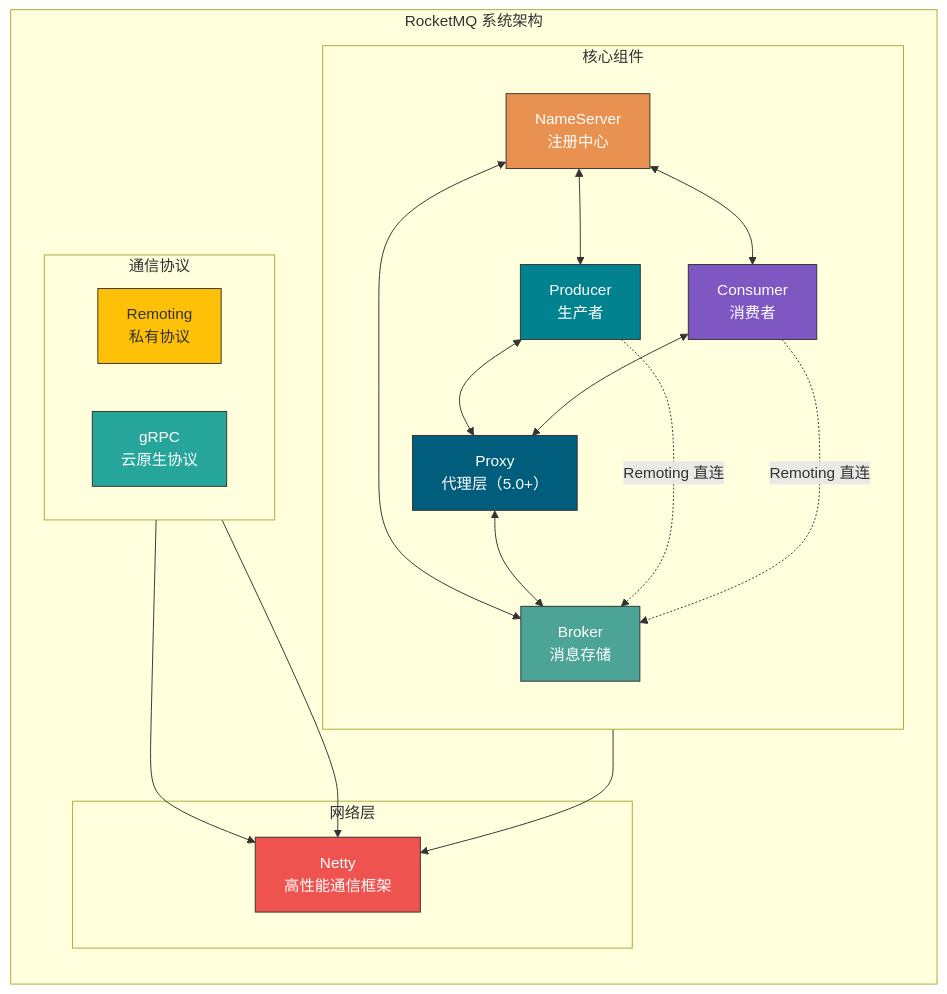
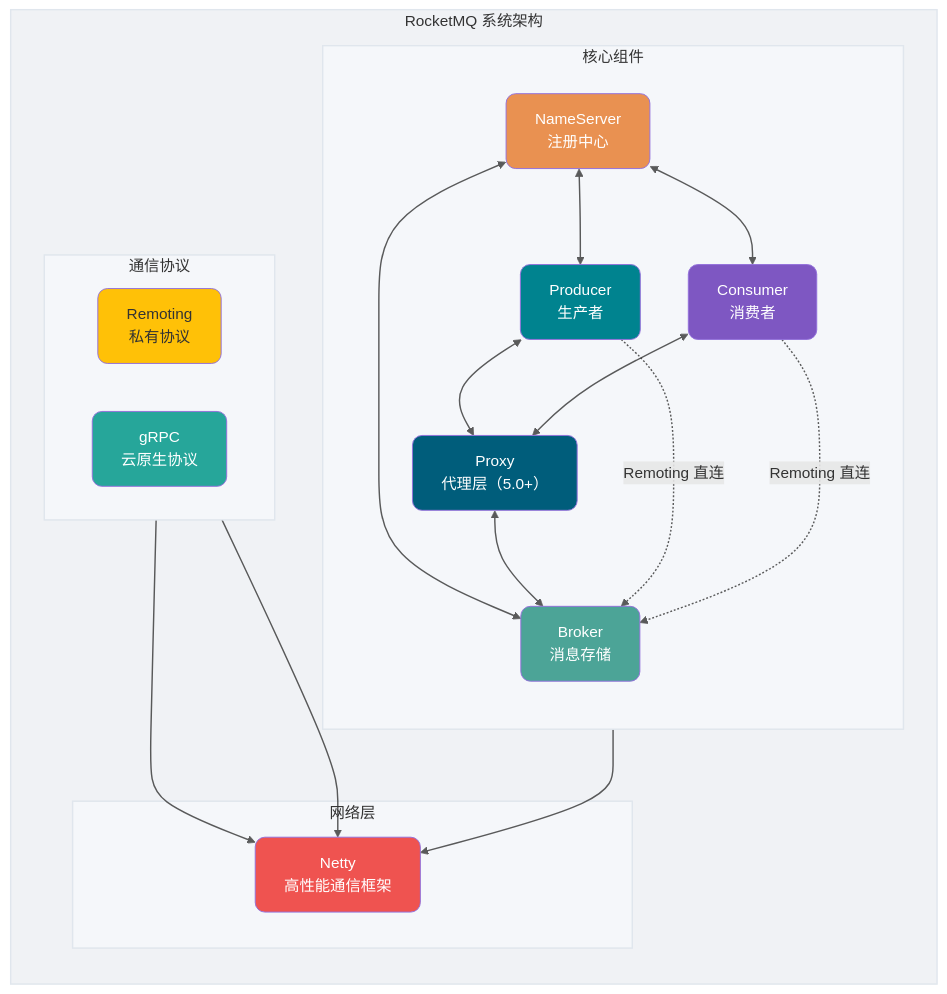
The fifth of 13 diagrams in docs/high-performance/message-queue/rocketmq-questions.md (Snailclimb/JavaGuide), drawn with Mermaid before and after one commit. The commit also changed other lines of this file and 7 other files, not shown here.

Commit message:
docs：mermaid 配图样式优化

````diff
--- a/docs/high-performance/message-queue/rocketmq-questions.md
+++ b/docs/high-performance/message-queue/rocketmq-questions.md
@@ -325,46 +332,61 @@
 ```mermaid
 flowchart TB
     subgraph RocketMQ["RocketMQ 系统架构"]
         direction TB
+        style RocketMQ fill:#F0F2F5,stroke:#E0E6ED,stroke-width:1.5px
 
         subgraph Components["核心组件"]
             direction TB
+            style Components fill:#F5F7FA,stroke:#E0E6ED,stroke-width:1.5px
             NS["NameServer<br/>注册中心"]
             BK["Broker<br/>消息存储"]
             PX["Proxy<br/>代理层（5.0+）"]
             PD["Producer<br/>生产者"]
             CM["Consumer<br/>消费者"]
         end
 
         subgraph Protocol["通信协议"]
             direction LR
+            style Protocol fill:#F5F7FA,stroke:#E0E6ED,stroke-width:1.5px
             RP["Remoting<br/>私有协议"]
             GP["gRPC<br/>云原生协议"]
         end
 
         subgraph Network["网络层"]
+            style Network fill:#F5F7FA,stroke:#E0E6ED,stroke-width:1.5px
             NB["Netty<br/>高性能通信框架"]
         end
     end
 
     NS <--> BK
     NS <--> PD
     NS <--> CM
     PD <--> PX
     CM <--> PX
     PX <--> BK
     PD -.->|Remoting 直连| BK
     CM -.->|Remoting 直连| BK
     BK --> NB
     RP --> NB
     GP --> NB
 
-    style NS fill:#E99151,stroke:#333,color:#fff
-    style BK fill:#4CA497,stroke:#333,color:#fff
-    style PX fill:#005D7B,stroke:#333,color:#fff
-    style PD fill:#00838F,stroke:#333,color:#fff
-    style CM fill:#7E57C2,stroke:#333,color:#fff
-    style RP fill:#FFC107,stroke:#333,color:#333
-    style GP fill:#26A69A,stroke:#333,color:#fff
-    style NB fill:#EF5350,stroke:#333,color:#fff
+    classDef ns fill:#E99151,color:#fff,rx:10,ry:10
+    classDef broker fill:#4CA497,color:#fff,rx:10,ry:10
+    classDef proxy fill:#005D7B,color:#fff,rx:10,ry:10
+    classDef producer fill:#00838F,color:#fff,rx:10,ry:10
+    classDef consumer fill:#7E57C2,color:#fff,rx:10,ry:10
+    classDef remoting fill:#FFC107,color:#333,rx:10,ry:10
+    classDef grpc fill:#26A69A,color:#fff,rx:10,ry:10
+    classDef netty fill:#EF5350,color:#fff,rx:10,ry:10
+
+    class NS ns
+    class BK broker
+    class PX proxy
+    class PD producer
+    class CM consumer
+    class RP remoting
+    class GP grpc
+    class NB netty
+
+    linkStyle default stroke-width:1.5px,opacity:0.8
 ```
````
